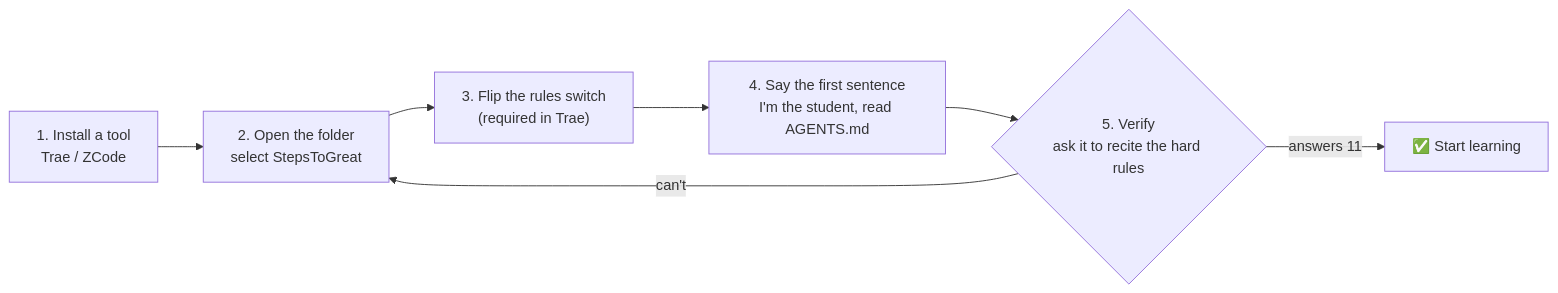
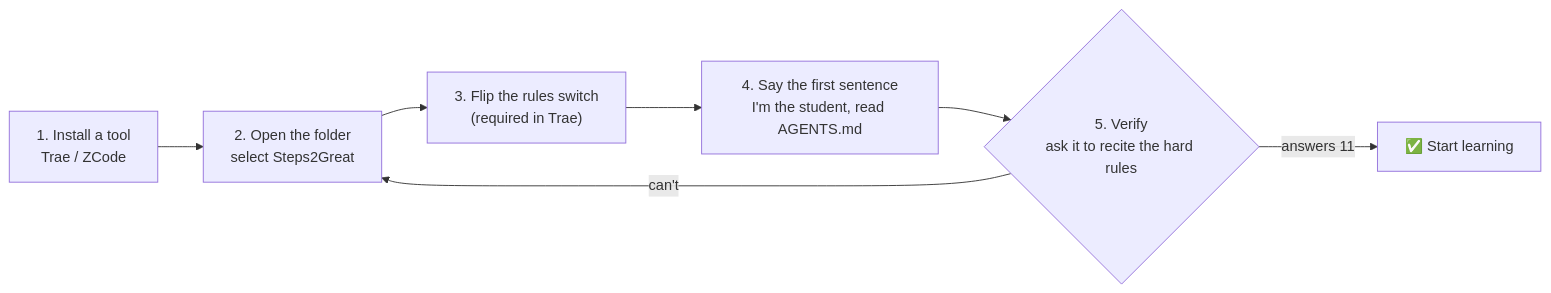
Before and after one commit to wildcat430524/StepsToGreat: the first of 3 diagrams in 教程/ui-mockups.en.md, drawn with Mermaid. The commit also changed other lines of this file and 32 other files, not shown here.

First line of the commit message:
rename: StepsToGreat -> Steps2Great

````diff
--- a/教程/ui-mockups.en.md
+++ b/教程/ui-mockups.en.md
@@ -33,9 +33,9 @@
 ```mermaid
 flowchart LR
-    A["1. Install a tool<br/>Trae / ZCode"] --> B["2. Open the folder<br/>select StepsToGreat"]
+    A["1. Install a tool<br/>Trae / ZCode"] --> B["2. Open the folder<br/>select Steps2Great"]
     B --> C["3. Flip the rules switch<br/>(required in Trae)"]
     C --> D["4. Say the first sentence<br/>I'm the student, read AGENTS.md"]
     D --> E{"5. Verify<br/>ask it to recite the hard rules"}
     E -->|"answers 11"| F["✅ Start learning"]
     E -->|"can't"| B
 ```
````
